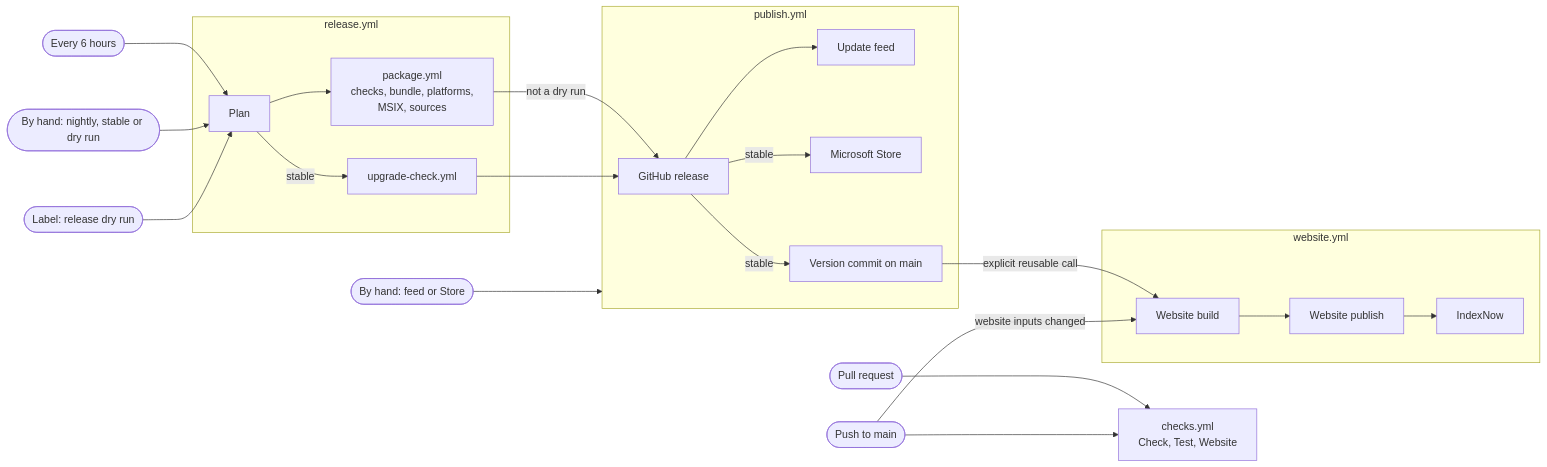
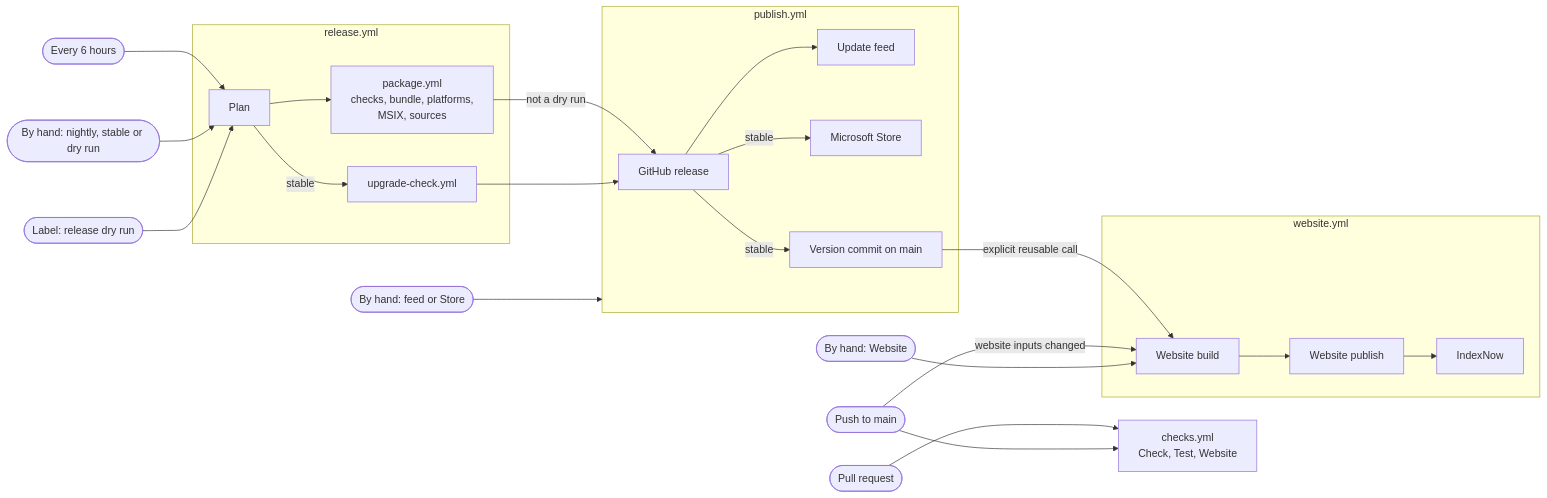
Before and after one commit to Mr-Streamer-OSS/MrStreamer: the diagram in docs/maintainers/ci.md, drawn with Mermaid. The commit also changed 2 other files, not shown here.

Commit message:
test: prove explicit website deployment requests

````diff
--- a/docs/maintainers/ci.md
+++ b/docs/maintainers/ci.md
@@ -15,35 +15,36 @@
 ```mermaid
 flowchart LR
   pr([Pull request]) --> checks[checks.yml<br/>Check, Test, Website]
   main([Push to main]) --> checks
   cron([Every 6 hours]) --> plan
   hand([By hand: nightly, stable or dry run]) --> plan
   label([Label: release dry run]) --> plan
   subgraph rel [release.yml]
     plan[Plan]
     package[package.yml<br/>checks, bundle, platforms,<br/>MSIX, sources]
     upgrade[upgrade-check.yml]
   end
   subgraph pub [publish.yml]
     release[GitHub release]
     feed[Update feed]
     store[Microsoft Store]
     finalize[Version commit on main]
   end
   subgraph site [website.yml]
     web[Website build]
     deploy[Website publish]
     indexnow[IndexNow]
   end
   plan --> package
   plan -- stable --> upgrade
   package -- not a dry run --> release
   upgrade --> release
   release --> feed
   release -- stable --> store
   release -- stable --> finalize
   finalize -- explicit reusable call --> web
   main -- website inputs changed --> web
+  hand3([By hand: Website]) --> web
   web --> deploy --> indexnow
   hand2([By hand: feed or Store]) --> pub
 ```
````
